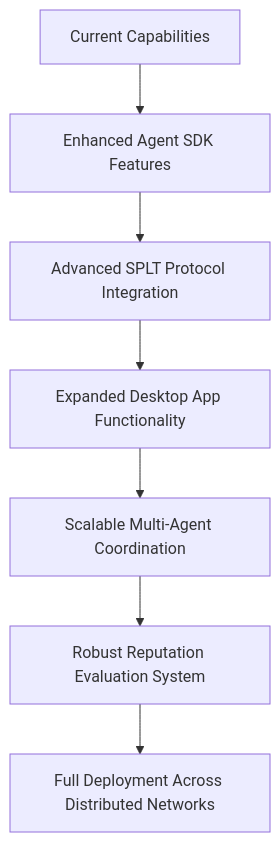
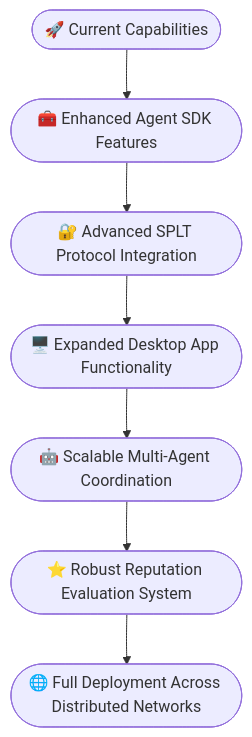
One commit to Summoner-Network/.github changed the diagram in README.md. Above: the diagram before and after it, drawn with Mermaid.

Commit message:
updated roadmap

````diff
--- a/README.md
+++ b/README.md
@@ -71,17 +71,17 @@
 ```mermaid
 graph TD
-  A[Current Capabilities]
-  B[Enhanced Agent SDK Features]
-  C[Advanced SPLT Protocol Integration]
-  D[Expanded Desktop App Functionality]
-  E[Scalable Multi-Agent Coordination]
-  F[Robust Reputation Evaluation System]
-  G[Full Deployment Across Distributed Networks]
+  A([🚀 Current Capabilities])
+  B([🧰 Enhanced Agent SDK Features])
+  C([🔐 Advanced SPLT Protocol Integration])
+  D([🖥️ Expanded Desktop App Functionality])
+  E([🤖 Scalable Multi-Agent Coordination])
+  F([⭐ Robust Reputation Evaluation System])
+  G([🌐 Full Deployment Across Distributed Networks])
 
   A --> B
   B --> C
   C --> D
   D --> E
   E --> F
   F --> G
 ```
````
